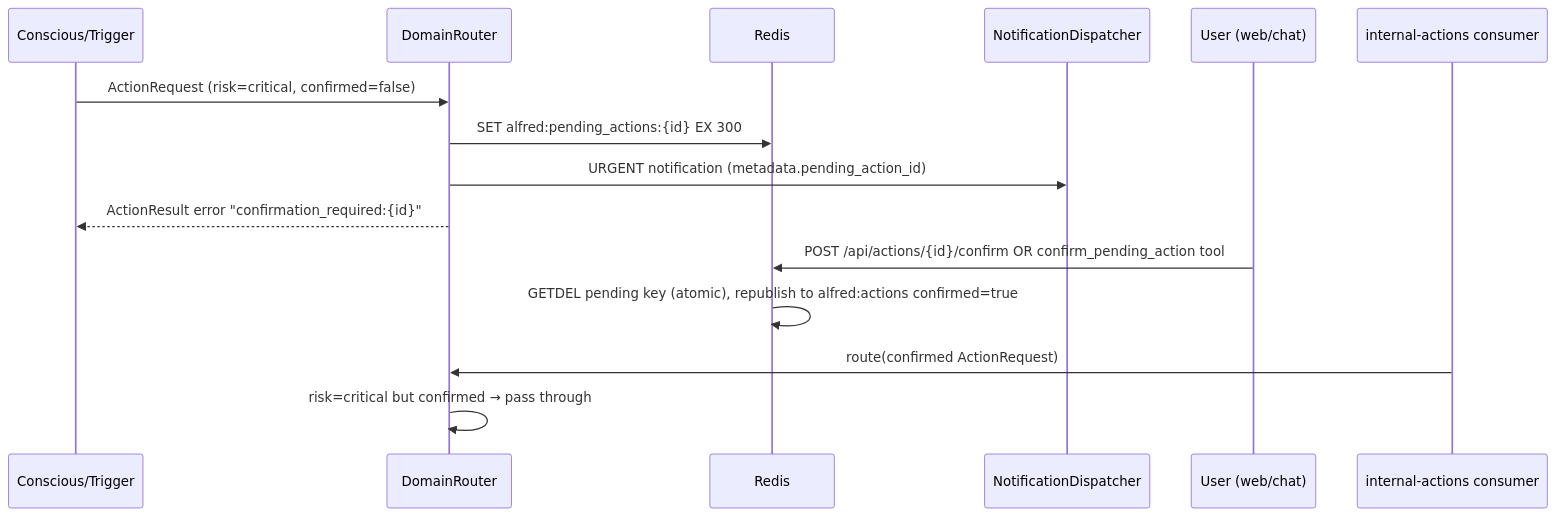
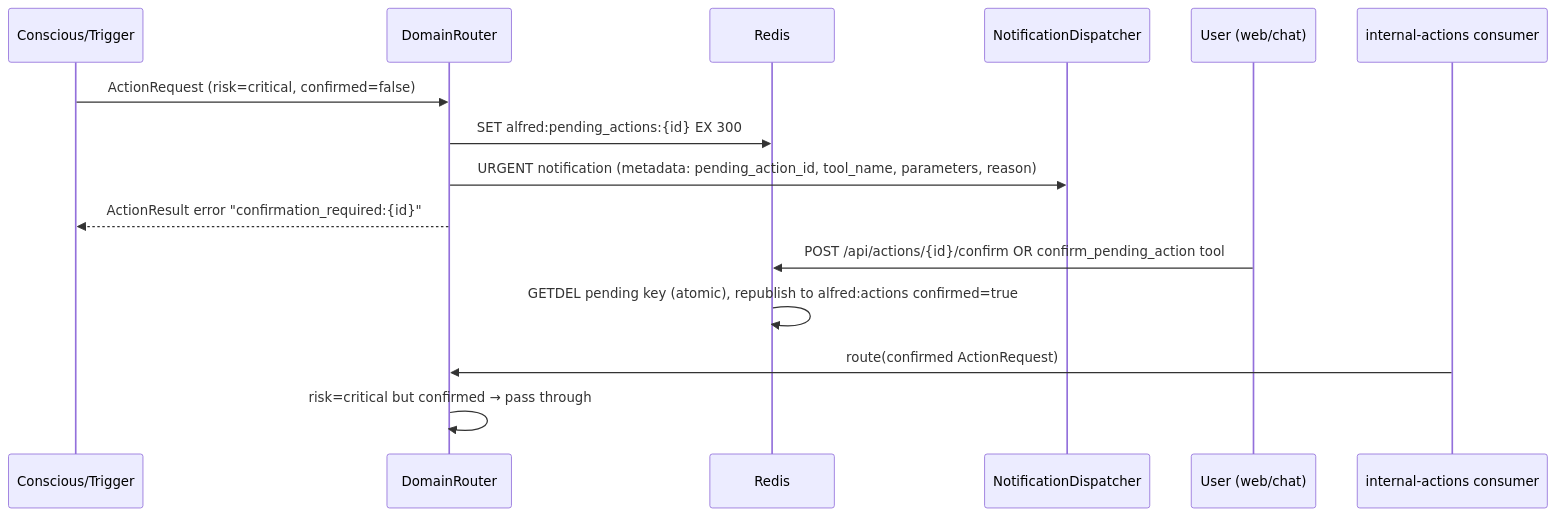
One commit to anirudhlath/alfred changed the diagram in docs/autonomy.md. Above: the diagram before and after it, drawn with Mermaid. The commit also changed other lines of this file and 59 other files, not shown here.

````diff
--- a/docs/autonomy.md
+++ b/docs/autonomy.md
@@ -61,18 +66,18 @@
 ```mermaid
 sequenceDiagram
     participant CE as Conscious/Trigger
     participant DR as DomainRouter
     participant R as Redis
     participant N as NotificationDispatcher
     participant U as User (web/chat)
     participant IC as internal-actions consumer
 
     CE->>DR: ActionRequest (risk=critical, confirmed=false)
     DR->>R: SET alfred:pending_actions:{id} EX 300
-    DR->>N: URGENT notification (metadata.pending_action_id)
+    DR->>N: URGENT notification (metadata: pending_action_id, tool_name, parameters, reason)
     DR-->>CE: ActionResult error "confirmation_required:{id}"
     U->>R: POST /api/actions/{id}/confirm  OR  confirm_pending_action tool
     R->>R: GETDEL pending key (atomic), republish to alfred:actions confirmed=true
     IC->>DR: route(confirmed ActionRequest)
     DR->>DR: risk=critical but confirmed → pass through
 ```
````
